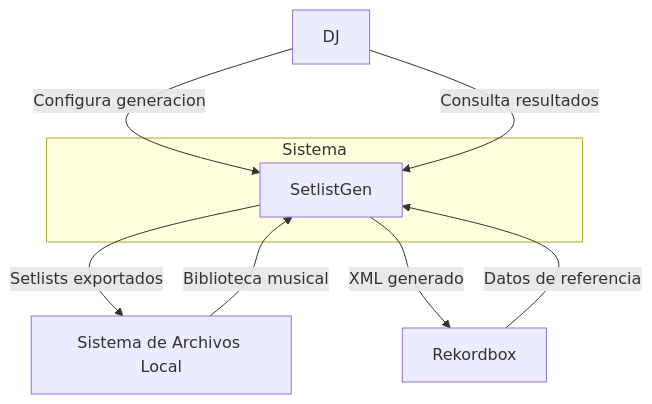
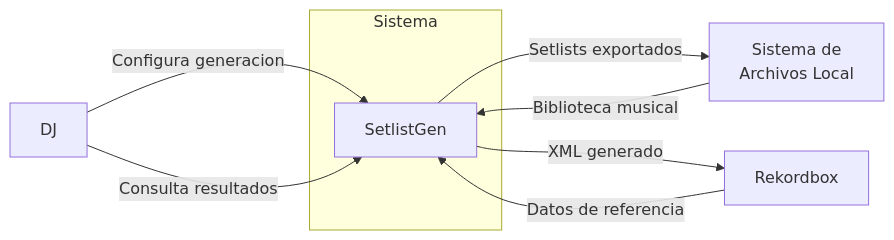
The first of 4 diagrams in docs/requirements/requirements.md (pabloo806/Trabajo-de-Fin-de-Grado), drawn with Mermaid before and after one commit.

Commit message:
Update actor diagram format in requirements.md
Fix formatting issue in requirements.md for actor diagram.

````diff
--- a/docs/requirements/requirements.md
+++ b/docs/requirements/requirements.md
@@ -44,21 +44,21 @@
 ```mermaid
-flowchart TB
+flowchart LR
 
     DJ[DJ]
 
     subgraph Sistema
         SG[SetlistGen]
     end
 
-    FS[Sistema de Archivos Local]
+    FS[Sistema de<br/>Archivos Local]
     RB[Rekordbox]
 
     DJ -->|Configura generacion| SG
     DJ -->|Consulta resultados| SG
 
     FS -->|Biblioteca musical| SG
     SG -->|Setlists exportados| FS
 
     SG -->|XML generado| RB
     RB -->|Datos de referencia| SG
 ```
````
